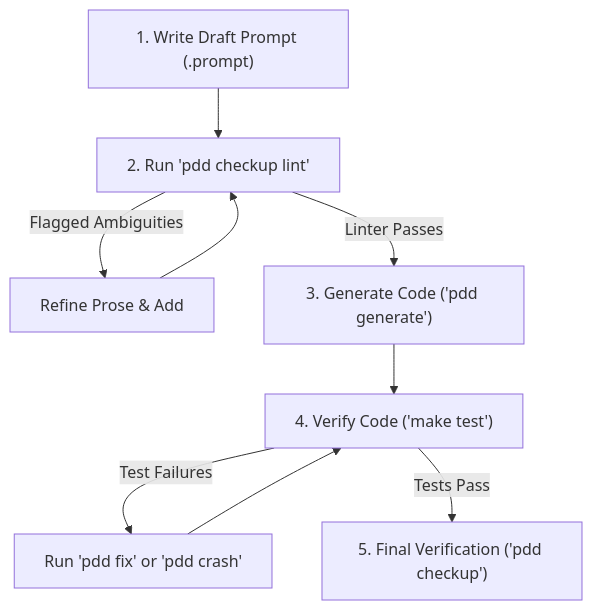
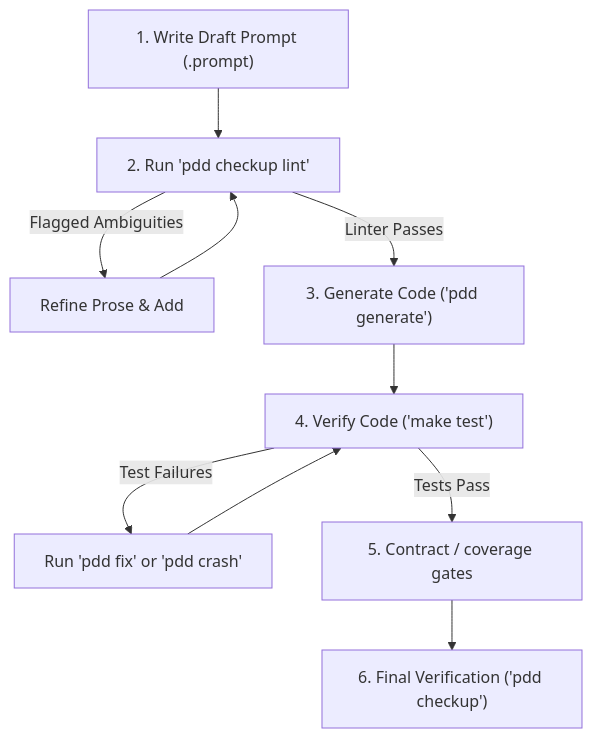
The diagram in docs/prompt_lint.md (promptdriven/pdd), drawn with Mermaid before and after one commit. The commit also changed other lines of this file and 7 other files, not shown here.

````diff
--- a/docs/prompt_lint.md
+++ b/docs/prompt_lint.md
@@ -44,11 +44,12 @@
 ```mermaid
 graph TD
     A["1. Write Draft Prompt (.prompt)"] --> B["2. Run 'pdd checkup lint'"]
     B -->|Flagged Ambiguities| C["Refine Prose & Add <vocabulary>"]
     C --> B
     B -->|Linter Passes| D["3. Generate Code ('pdd generate')"]
     D --> E["4. Verify Code ('make test')"]
     E -->|Test Failures| F["Run 'pdd fix' or 'pdd crash'"]
     F --> E
-    E -->|Tests Pass| G["5. Final Verification ('pdd checkup')"]
+    E -->|Tests Pass| H["5. Contract / coverage gates"]
+    H --> G["6. Final Verification ('pdd checkup')"]
 ```
````
